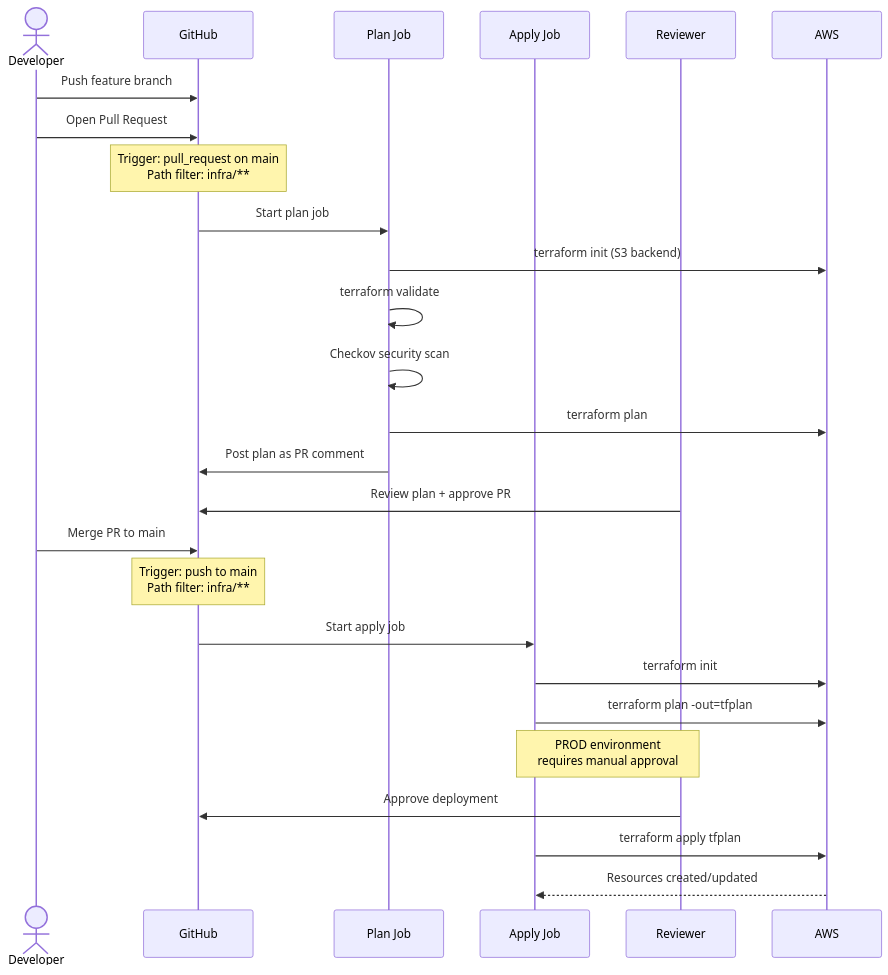
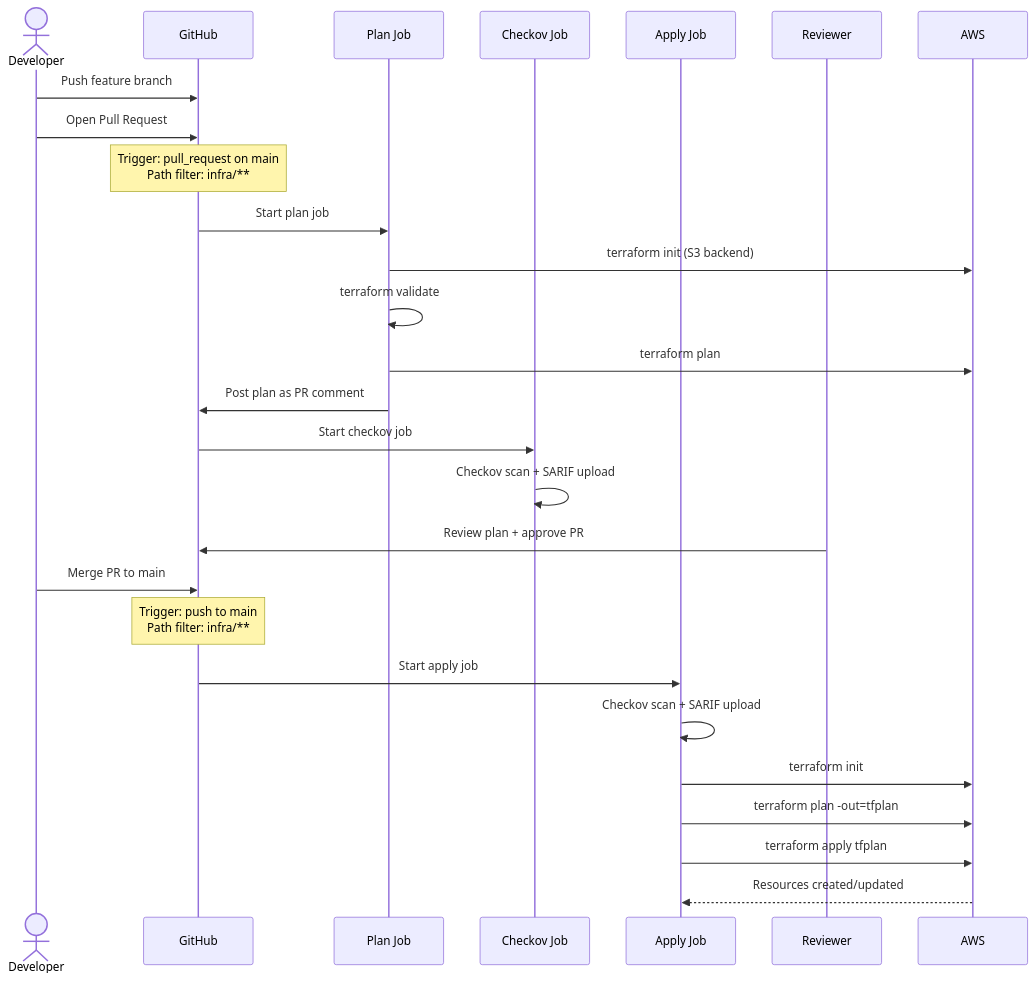
Before and after one commit to kse-bd8338bbe006/aws-env-setup: the third of 5 diagrams in docs/architecture.md, drawn with Mermaid. The commit also changed other lines of this file and 2 other files, not shown here.

````diff
--- a/docs/architecture.md
+++ b/docs/architecture.md
@@ -81,36 +92,36 @@
 ```mermaid
 sequenceDiagram
     actor Dev as Developer
     participant GH as GitHub
     participant Plan as Plan Job
+    participant Checkov as Checkov Job
     participant Apply as Apply Job
     participant Approver as Reviewer
     participant AWS as AWS
 
     Dev->>GH: Push feature branch
     Dev->>GH: Open Pull Request
 
     Note over GH: Trigger: pull_request on main<br/>Path filter: infra/**
 
     GH->>Plan: Start plan job
     Plan->>AWS: terraform init (S3 backend)
     Plan->>Plan: terraform validate
-    Plan->>Plan: Checkov security scan
     Plan->>AWS: terraform plan
     Plan->>GH: Post plan as PR comment
+
+    GH->>Checkov: Start checkov job
+    Checkov->>Checkov: Checkov scan + SARIF upload
 
     Approver->>GH: Review plan + approve PR
     Dev->>GH: Merge PR to main
 
     Note over GH: Trigger: push to main<br/>Path filter: infra/**
 
     GH->>Apply: Start apply job
+    Apply->>Apply: Checkov scan + SARIF upload
     Apply->>AWS: terraform init
     Apply->>AWS: terraform plan -out=tfplan
-
-    Note over Apply,Approver: PROD environment<br/>requires manual approval
-
-    Approver->>GH: Approve deployment
     Apply->>AWS: terraform apply tfplan
     AWS-->>Apply: Resources created/updated
 ```
````
